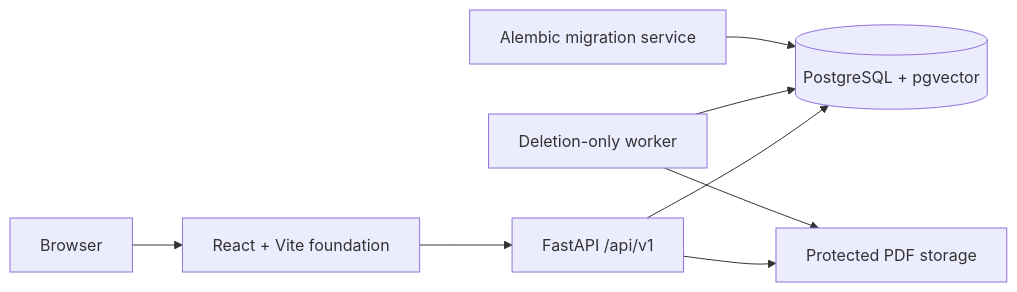
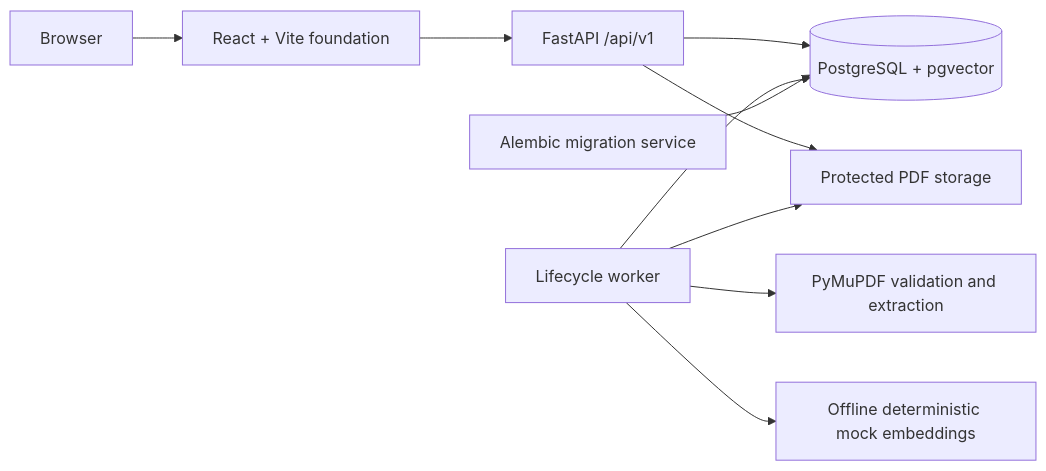
Before and after one commit to jkenken240/DocIntel: the diagram in docs/architecture.md, drawn with Mermaid. The commit also changed other lines of this file and 29 other files, not shown here.

````diff
--- a/docs/architecture.md
+++ b/docs/architecture.md
@@ -19,10 +19,12 @@
 ```mermaid
 flowchart LR
     Browser["Browser"] --> Web["React + Vite foundation"]
     Web --> API["FastAPI /api/v1"]
     API --> DB[("PostgreSQL + pgvector")]
     API --> Storage["Protected PDF storage"]
-    Worker["Deletion-only worker"] --> DB
+    Worker["Lifecycle worker"] --> DB
     Worker --> Storage
+    Worker --> PyMuPDF["PyMuPDF validation and extraction"]
+    Worker --> Mock["Offline deterministic mock embeddings"]
     Migrate["Alembic migration service"] --> DB
 ```
````
